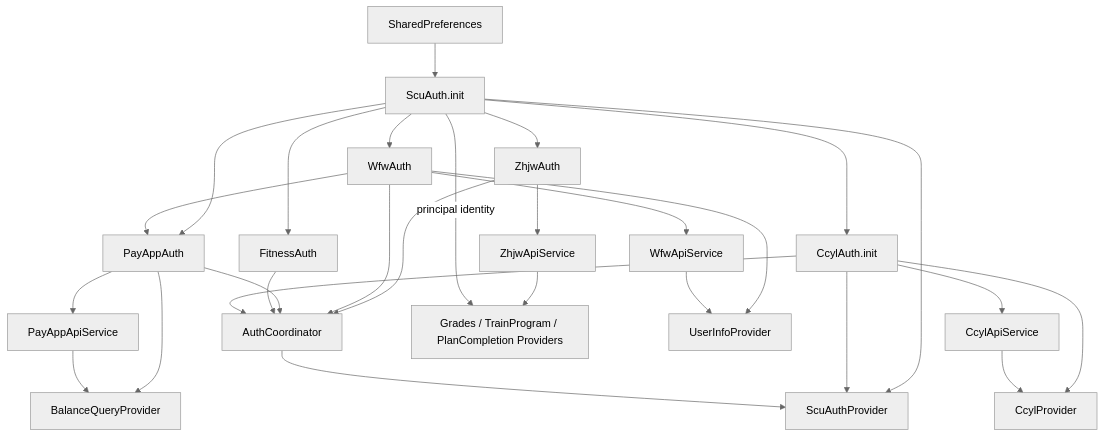
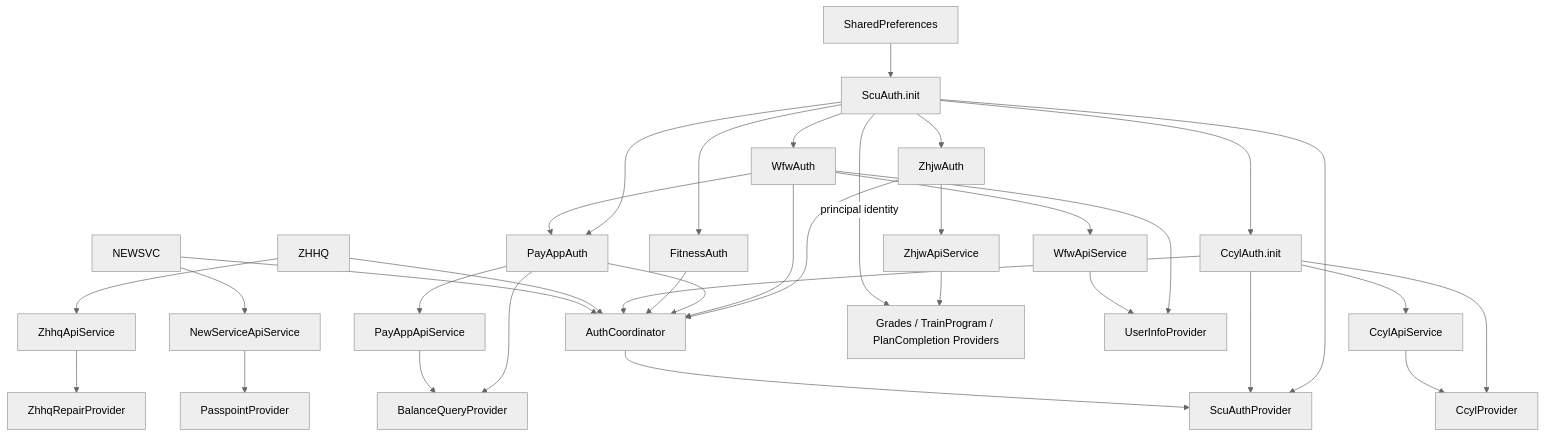
One commit to The-Brotherhood-of-SCU/Bugaoshan_docs_page changed the fifth of 5 diagrams in docs/develop/architecture/authentication.md. Above: the diagram before and after it, drawn with Mermaid (neutral theme). The commit also changed other lines of this file and 2 other files, not shown here.

````diff
--- a/docs/develop/architecture/authentication.md
+++ b/docs/develop/architecture/authentication.md
@@ -512,30 +549,36 @@
 ```mermaid
 flowchart TD
     PREFS[SharedPreferences] --> SCU[ScuAuth.init]
     SCU --> ZHJW[ZhjwAuth]
     SCU --> WFW[WfwAuth]
     SCU --> FITNESS[FitnessAuth]
     SCU --> CCYL[CcylAuth.init]
     SCU --> PAYAPP[PayAppAuth]
     WFW --> PAYAPP
     ZHJW --> COORD[AuthCoordinator]
     WFW --> COORD
     PAYAPP --> COORD
     FITNESS --> COORD
     CCYL --> COORD
+    ZHHQ --> COORD
+    NEWSVC --> COORD
     ZHJW --> ZAPI[ZhjwApiService]
     WFW --> WAPI[WfwApiService]
     PAYAPP --> PAPI[PayAppApiService]
     CCYL --> CAPI[CcylApiService]
+    ZHHQ --> ZHAPI[ZhhqApiService]
+    NEWSVC --> NAPI[NewServiceApiService]
     SCU --> SAP[ScuAuthProvider]
     CCYL --> SAP
     COORD --> SAP
     ZAPI --> ZPROVIDERS["Grades / TrainProgram / PlanCompletion Providers"]
     SCU -->|principal identity| ZPROVIDERS
     WFW --> UIP[UserInfoProvider]
     WAPI --> UIP
     PAYAPP --> BQP[BalanceQueryProvider]
     PAPI --> BQP
     CCYL --> CP[CcylProvider]
     CAPI --> CP
+    ZHAPI --> ZRP[ZhhqRepairProvider]
+    NAPI --> PP[PasspointProvider]
 ```
````
